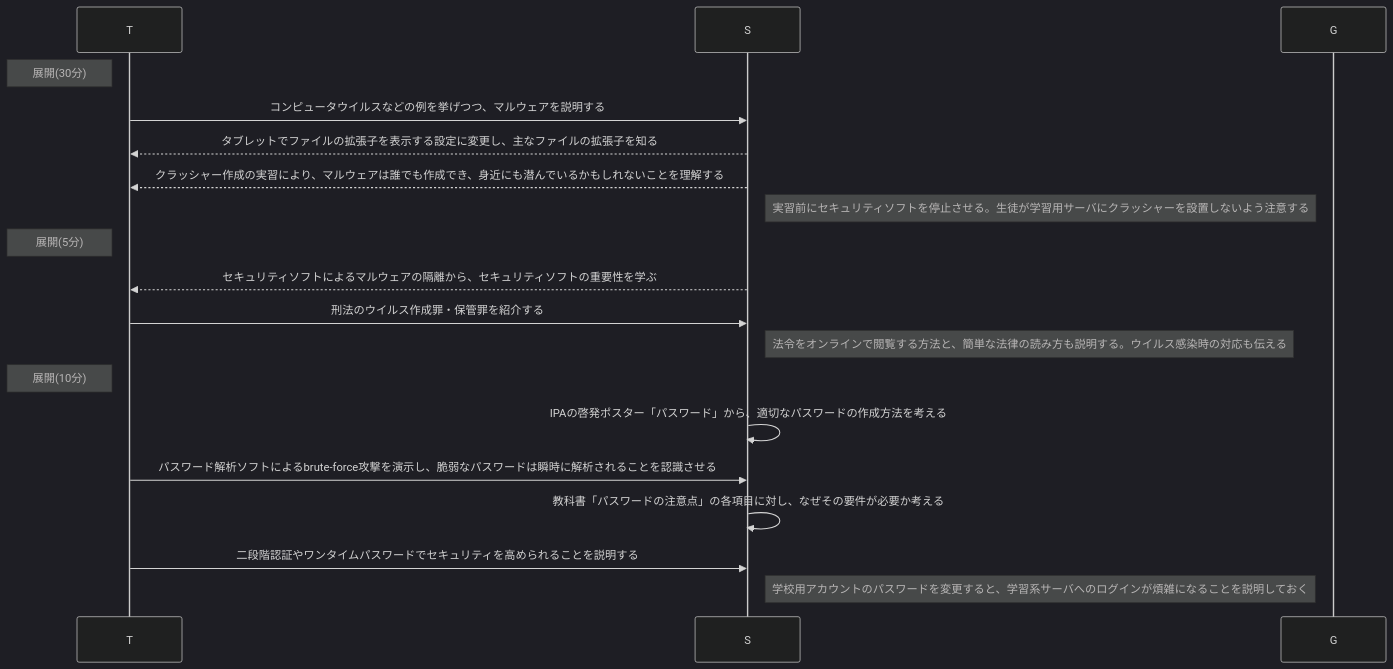
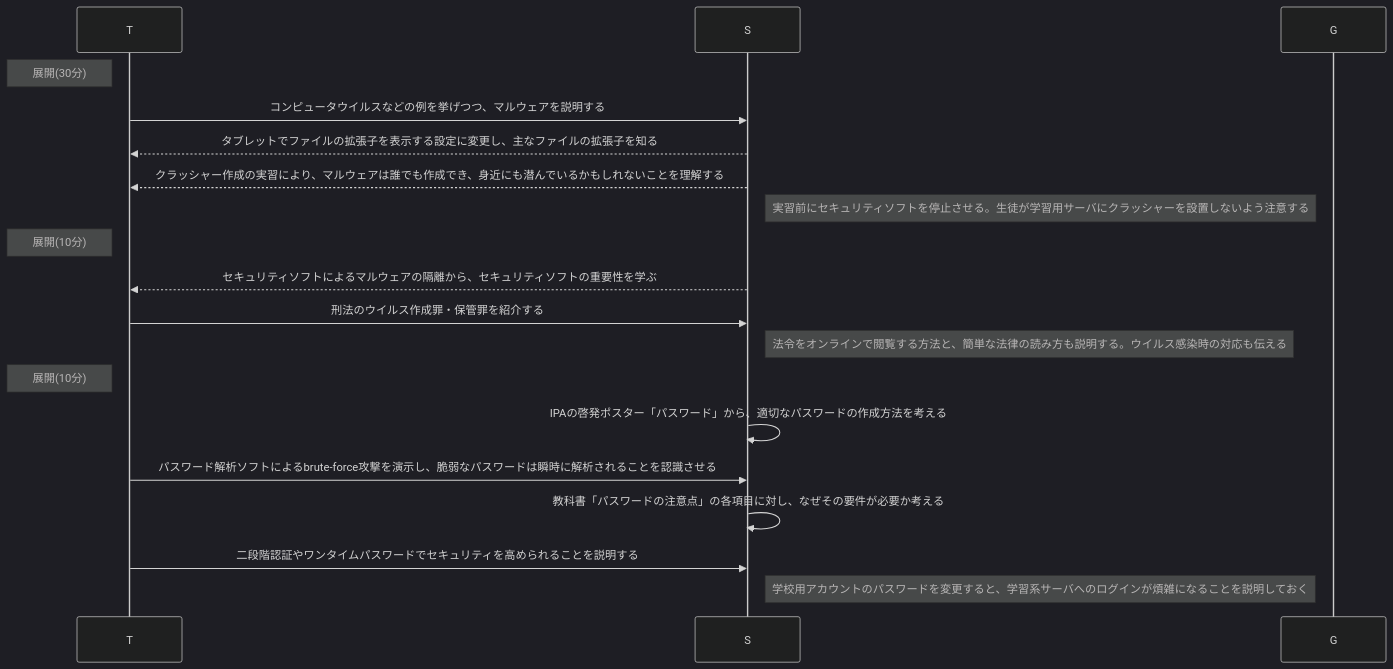
The second of 4 diagrams in security/sec.md (saireya/plan-informatics), drawn with Mermaid (dark theme) before and after one commit.

Commit message:
Fixed miscount of time

````diff
--- a/security/sec.md
+++ b/security/sec.md
@@ -67,24 +67,24 @@
 ```mermaid
 sequenceDiagram
 	participant T
 	participant S
 	participant G
 
 Note left of T: 展開(30分)
 	T->>S: コンピュータウイルスなどの例を挙げつつ、マルウェアを説明する
 	S-->>T: タブレットでファイルの拡張子を表示する設定に変更し、主なファイルの拡張子を知る
 	S-->>T: クラッシャー作成の実習により、マルウェアは誰でも作成でき、身近にも潜んでいるかもしれないことを理解する
 	Note right of S: 実習前にセキュリティソフトを停止させる。生徒が学習用サーバにクラッシャーを設置しないよう注意する
 
-Note left of T: 展開(5分)
+Note left of T: 展開(10分)
 	S-->>T: セキュリティソフトによるマルウェアの隔離から、セキュリティソフトの重要性を学ぶ
 	T->>S: 刑法のウイルス作成罪・保管罪を紹介する
 	Note right of S: 法令をオンラインで閲覧する方法と、簡単な法律の読み方も説明する。ウイルス感染時の対応も伝える
 
 Note left of T: 展開(10分)
 	S->>S: IPAの啓発ポスター「パスワード」から、適切なパスワードの作成方法を考える
 	T->>S: パスワード解析ソフトによるbrute-force攻撃を演示し、脆弱なパスワードは瞬時に解析されることを認識させる
 	S->>S: 教科書「パスワードの注意点」の各項目に対し、なぜその要件が必要か考える
 	T->>S: 二段階認証やワンタイムパスワードでセキュリティを高められることを説明する
 	Note right of S: 学校用アカウントのパスワードを変更すると、学習系サーバへのログインが煩雑になることを説明しておく
 ```
````
